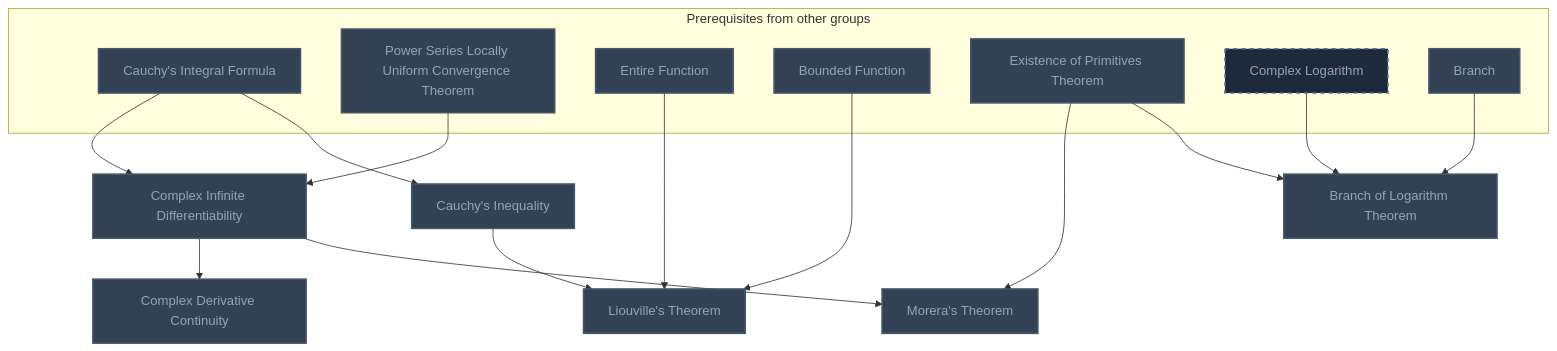
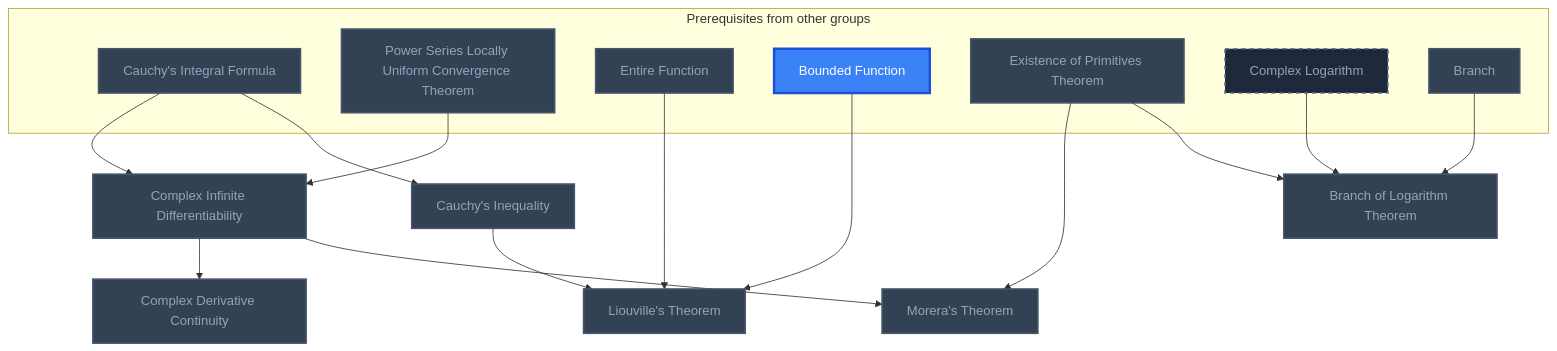
The ninth of 19 diagrams in Gamification/Skill Trees/Complex Analysis.md (MRauf1/My-Notes), drawn with Mermaid before and after one commit. The commit also changed other lines of this file and 156 other files, not shown here.

````diff
--- a/Gamification/Skill Trees/Complex Analysis.md
+++ b/Gamification/Skill Trees/Complex Analysis.md
@@ -356,42 +365,43 @@
 ```mermaid
 flowchart TD
     classDef planned fill:#1E293B,stroke:#64748B,stroke-width:2px,stroke-dasharray:5 5,color:#94A3B8;
     classDef locked fill:#334155,stroke:#475569,stroke-width:2px,color:#94A3B8;
     classDef L0 fill:#F1F5F9,stroke:#94A3B8,stroke-width:2px,color:#000000;
     classDef L1 fill:#22C55E,stroke:#15803D,stroke-width:2px,color:#000000;
     classDef L2 fill:#3B82F6,stroke:#1D4ED8,stroke-width:3px,color:#FFFFFF;
     classDef L3 fill:#A855F7,stroke:#6B21A8,stroke-width:3px,color:#FFFFFF,font-weight:bold;
     classDef L4 fill:#F97316,stroke:#C2410C,stroke-width:4px,color:#000000,font-weight:bold;
     classDef L5 fill:#FFD700,stroke:#FF8C00,stroke-width:5px,color:#000000,font-weight:bold;
     classDef rusty stroke:#8B4513,stroke-width:4px,stroke-dasharray:3 3;
     subgraph sg_prereqs["Prerequisites from other groups"]
         n_cauchy_s_integral_formula["Cauchy's Integral Formula"]
         n_power_series_locally_uniform_convergence_theorem["Power Series Locally Uniform Convergence Theorem"]
         n_entire_function["Entire Function"]
         n_bounded_function["Bounded Function"]
         n_existence_of_primitives_theorem["Existence of Primitives Theorem"]
         n_complex_logarithm["Complex Logarithm"]
         n_branch["Branch"]
     end
     n_complex_infinite_differentiability["Complex Infinite Differentiability"]
     n_complex_derivative_continuity["Complex Derivative Continuity"]
     n_cauchy_s_inequality["Cauchy's Inequality"]
     n_liouville_s_theorem["Liouville's Theorem"]
     n_morera_s_theorem["Morera's Theorem"]
     n_branch_of_logarithm_theorem["Branch of Logarithm Theorem"]
     n_cauchy_s_integral_formula --> n_complex_infinite_differentiability
     n_power_series_locally_uniform_convergence_theorem --> n_complex_infinite_differentiability
     n_complex_infinite_differentiability --> n_complex_derivative_continuity
     n_cauchy_s_integral_formula --> n_cauchy_s_inequality
     n_cauchy_s_inequality --> n_liouville_s_theorem
     n_entire_function --> n_liouville_s_theorem
     n_bounded_function --> n_liouville_s_theorem
     n_complex_infinite_differentiability --> n_morera_s_theorem
     n_existence_of_primitives_theorem --> n_morera_s_theorem
     n_existence_of_primitives_theorem --> n_branch_of_logarithm_theorem
     n_complex_logarithm --> n_branch_of_logarithm_theorem
     n_branch --> n_branch_of_logarithm_theorem
     class n_complex_logarithm planned;
-    class n_cauchy_s_integral_formula,n_power_series_locally_uniform_convergence_theorem,n_entire_function,n_bounded_function,n_existence_of_primitives_theorem,n_branch,n_complex_infinite_differentiability,n_complex_derivative_continuity,n_cauchy_s_inequality,n_liouville_s_theorem,n_morera_s_theorem,n_branch_of_logarithm_theorem locked;
+    class n_cauchy_s_integral_formula,n_power_series_locally_uniform_convergence_theorem,n_entire_function,n_existence_of_primitives_theorem,n_branch,n_complex_infinite_differentiability,n_complex_derivative_continuity,n_cauchy_s_inequality,n_liouville_s_theorem,n_morera_s_theorem,n_branch_of_logarithm_theorem locked;
+    class n_bounded_function L2;
     class n_cauchy_s_integral_formula,n_power_series_locally_uniform_convergence_theorem,n_entire_function,n_bounded_function,n_existence_of_primitives_theorem,n_branch,n_complex_infinite_differentiability,n_complex_derivative_continuity,n_cauchy_s_inequality,n_liouville_s_theorem,n_morera_s_theorem,n_branch_of_logarithm_theorem internal-link;
 ```
````
